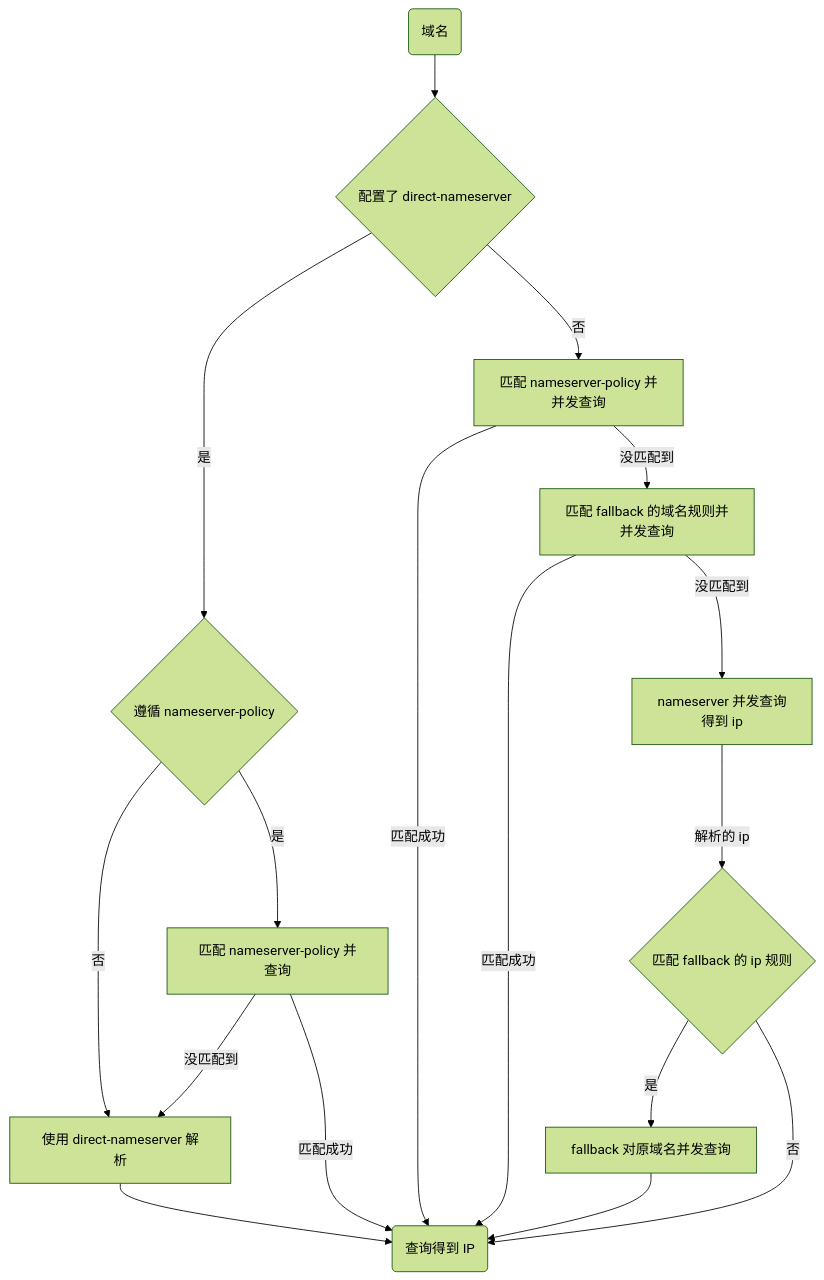
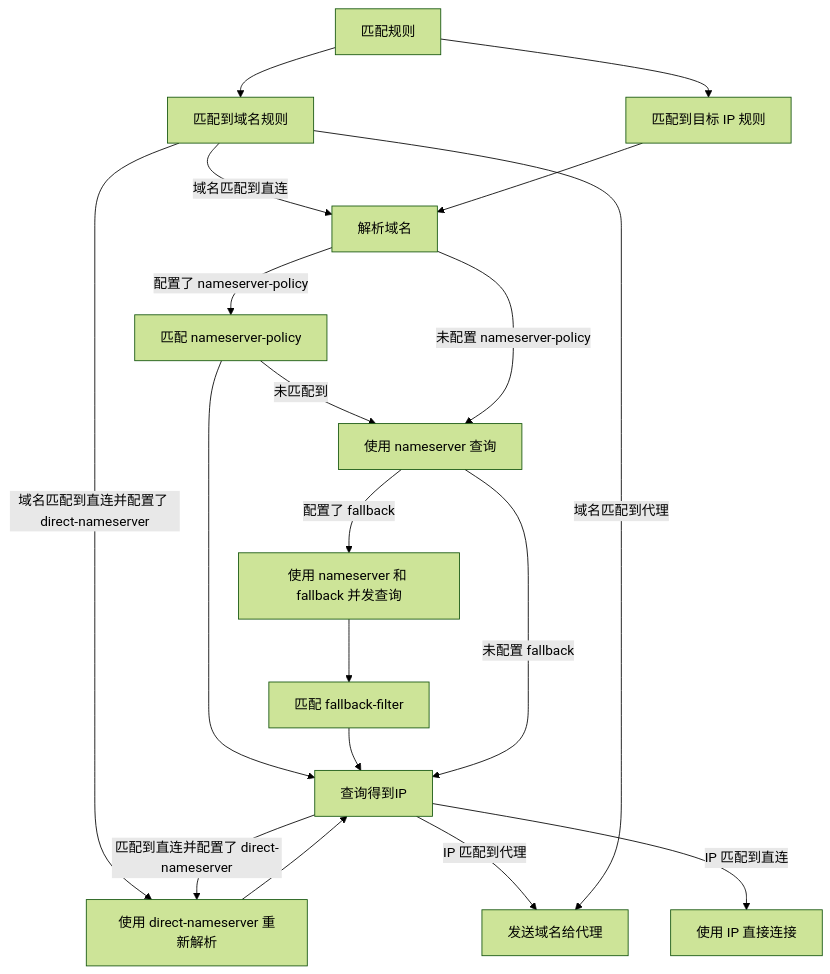
Before and after one commit to MetaCubeX/Meta-Docs: the diagram in docs/config/dns/diagram.md, drawn with Mermaid (forest theme). The commit also changed other lines of this file and 4 other files, not shown here.

Commit message:
更新 DNS 流程图, 添加ss.gost-plugin

````diff
--- a/docs/config/dns/diagram.md
+++ b/docs/config/dns/diagram.md
@@ -57,22 +40,44 @@
 ```mermaid
 flowchart TD
-  Start(域名) --> DirectResolverValid{配置了 direct-nameserver}
+  Rule[匹配规则]
+  Domain[匹配到域名规则]
+  IP[匹配到目标 IP 规则]
+  Resolve[解析域名]
 
-  DirectResolverValid -- 是 --> DirectResolver{遵循 nameserver-policy}
-  DirectResolver -- 否 --> DirectResolver_Lookup[使用 direct-nameserver 解析]
-  DirectResolver -- 是 --> DirectResolver_NSPolicy[匹配 nameserver-policy 并查询 ]
-  DirectResolver_NSPolicy -- 没匹配到 --> DirectResolver_Lookup
-  DirectResolver_NSPolicy -- 匹配成功 --> End
-  DirectResolver_Lookup --> End
+  NameServer[使用 nameserver 查询]
+  Policy[匹配 nameserver-policy]
+  Concurrent[使用 nameserver 和 fallback 并发查询]
+  Filter[匹配 fallback-filter]
+  DirectNS[使用 direct-nameserver 重新解析]
 
-  DirectResolverValid -- 否 --> NSPolicy[匹配 nameserver-policy 并<br>并发查询]
-  NSPolicy -- 匹配成功 --> End(查询得到 IP)
-  NSPolicy -- 没匹配到 --> FB_DOMAIN[匹配 fallback 的域名规则并<br>并发查询]
-  FB_DOMAIN -- 匹配成功 --> End
-  FB_DOMAIN -- 没匹配到 --> NS[nameserver 并发查询<br>得到 ip]
-  NS -- 解析的 ip --> FB_IP_Match{匹配 fallback 的 ip 规则}
-  FB_IP_Match -- 是 --> FB_IP[fallback 对原域名并发查询]
-  FB_IP_Match -- 否 --> End
-  FB_IP --> End
+  GetIP[查询得到IP]
 
+  Proxy[发送域名给代理]
+  Direct[使用 IP 直接连接]
+
+  Rule -->  Domain
+  Rule --> IP
+
+  Domain -- 域名匹配到直连 --> Resolve
+  Domain -- 域名匹配到直连并配置了 direct-nameserver --> DirectNS
+
+  IP --> Resolve
+
+  Resolve -- 配置了 nameserver-policy --> Policy
+  Policy -- 未匹配到 --> NameServer
+  Policy --> GetIP
+  Resolve -- 未配置 nameserver-policy --> NameServer
+
+  NameServer -- 配置了 fallback --> Concurrent
+  Concurrent --> Filter
+  Filter --> GetIP
+  NameServer -- 未配置 fallback --> GetIP
+
+  GetIP -- 匹配到直连并配置了 direct-nameserver --> DirectNS
+  DirectNS --> GetIP
+
+  GetIP -- IP 匹配到代理 --> Proxy[发送域名给代理]
+  Domain -- 域名匹配到代理 --> Proxy
+
+  GetIP -- IP 匹配到直连 --> Direct
 ```
````
